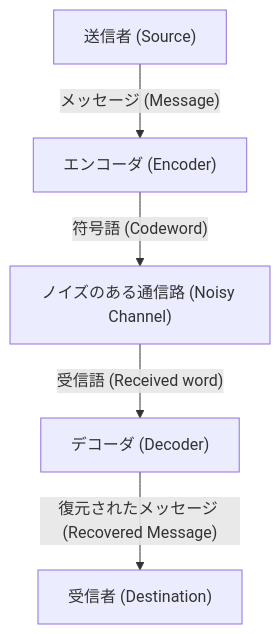
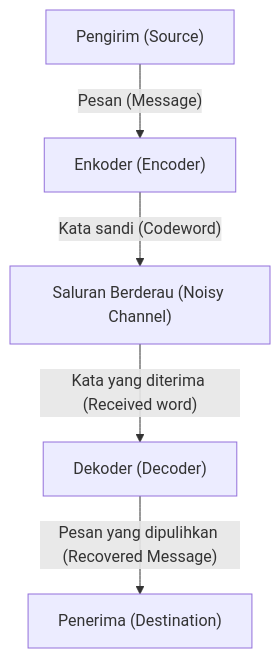
One commit to kenjinote/blog changed the diagram in content/post/error-correcting-codes-explained/index.id.md. Above: the diagram before and after it, drawn with Mermaid. The commit also changed other lines of this file and 14 other files, not shown here.

````diff
--- a/content/post/error-correcting-codes-explained/index.id.md
+++ b/content/post/error-correcting-codes-explained/index.id.md
@@ -23,7 +23,7 @@
 ```mermaid
 graph TD
-    A["送信者 (Source)"] -- "メッセージ (Message)" --> B["エンコーダ (Encoder)"]
-    B -- "符号語 (Codeword)" --> C["ノイズのある通信路 (Noisy Channel)"]
-    C -- "受信語 (Received word)" --> D["デコーダ (Decoder)"]
-    D -- "復元されたメッセージ (Recovered Message)" --> E["受信者 (Destination)"]
+    A["Pengirim (Source)"] -- "Pesan (Message)" --> B["Enkoder (Encoder)"]
+    B -- "Kata sandi (Codeword)" --> C["Saluran Berderau (Noisy Channel)"]
+    C -- "Kata yang diterima (Received word)" --> D["Dekoder (Decoder)"]
+    D -- "Pesan yang dipulihkan (Recovered Message)" --> E["Penerima (Destination)"]
 ```
````
